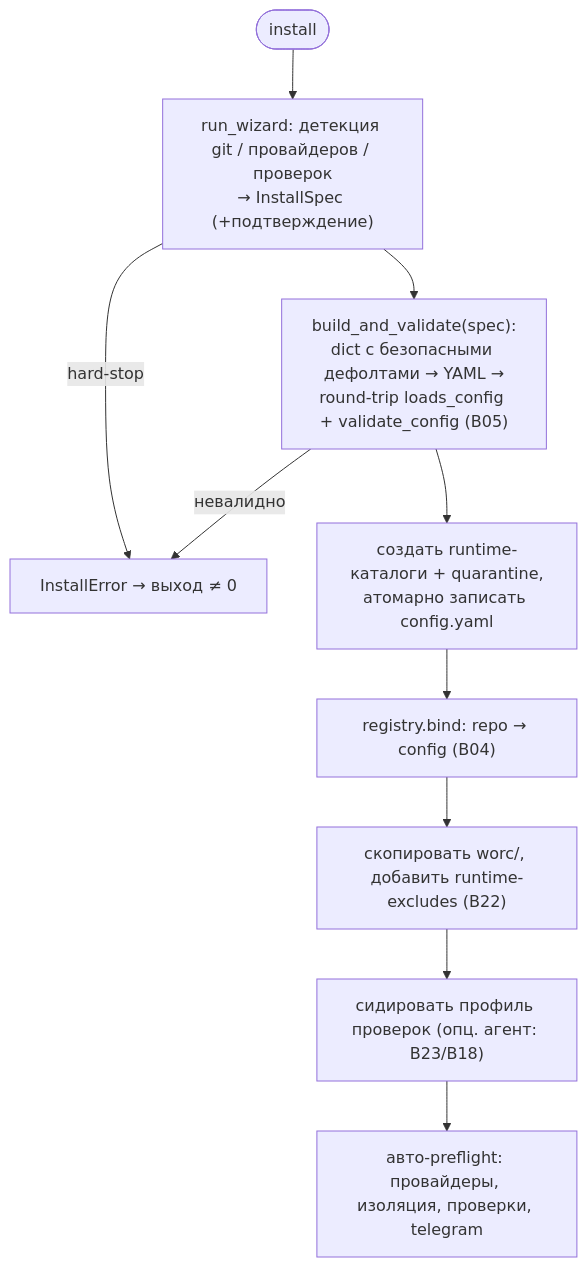
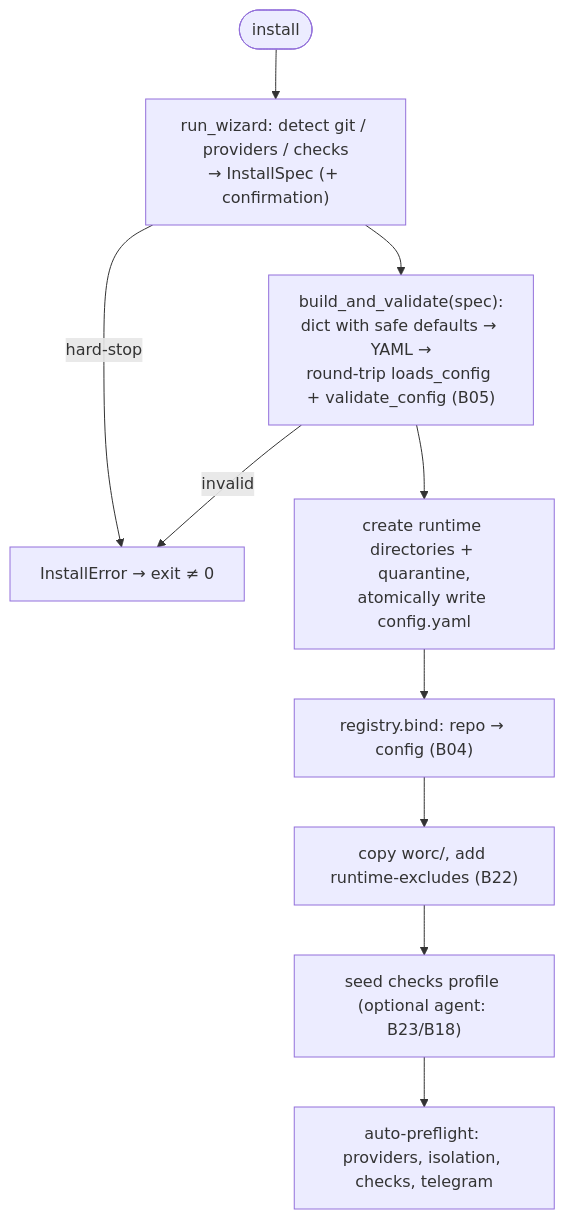
The diagram in docs/functional/blocks/B03-installer-and-scaffolding.md (VladimirMakarevich/wastech-orchestrator), drawn with Mermaid before and after one commit. The commit also changed other lines of this file and 41 other files, not shown here.

Commit message:
docs: translate system flows documentation from Russian to English, ensuring clarity and consistency in terminology. Update sequence diagrams and flowcharts to reflect the changes in language. Maintain the structure and references to blocks for ease of navigation.

````diff
--- a/docs/functional/blocks/B03-installer-and-scaffolding.md
+++ b/docs/functional/blocks/B03-installer-and-scaffolding.md
@@ -49,12 +49,12 @@
 ```mermaid
 flowchart TB
-    start(["install"]) --> wiz["run_wizard: детекция git / провайдеров / проверок<br/>→ InstallSpec (+подтверждение)"]
-    wiz -->|hard-stop| err["InstallError → выход ≠ 0"]
-    wiz --> gen["build_and_validate(spec):<br/>dict с безопасными дефолтами → YAML →<br/>round-trip loads_config + validate_config (B05)"]
-    gen -->|невалидно| err
-    gen --> dirs["создать runtime-каталоги + quarantine,<br/>атомарно записать config.yaml"]
+    start(["install"]) --> wiz["run_wizard: detect git / providers / checks<br/>→ InstallSpec (+ confirmation)"]
+    wiz -->|hard-stop| err["InstallError → exit ≠ 0"]
+    wiz --> gen["build_and_validate(spec):<br/>dict with safe defaults → YAML →<br/>round-trip loads_config + validate_config (B05)"]
+    gen -->|invalid| err
+    gen --> dirs["create runtime directories + quarantine,<br/>atomically write config.yaml"]
     dirs --> bind["registry.bind: repo → config (B04)"]
-    bind --> docs["скопировать worc/, добавить runtime-excludes (B22)"]
-    docs --> seed["сидировать профиль проверок (опц. агент: B23/B18)"]
-    seed --> pre["авто-preflight: провайдеры, изоляция, проверки, telegram"]
+    bind --> docs["copy worc/, add runtime-excludes (B22)"]
+    docs --> seed["seed checks profile (optional agent: B23/B18)"]
+    seed --> pre["auto-preflight: providers, isolation, checks, telegram"]
 ```
````
